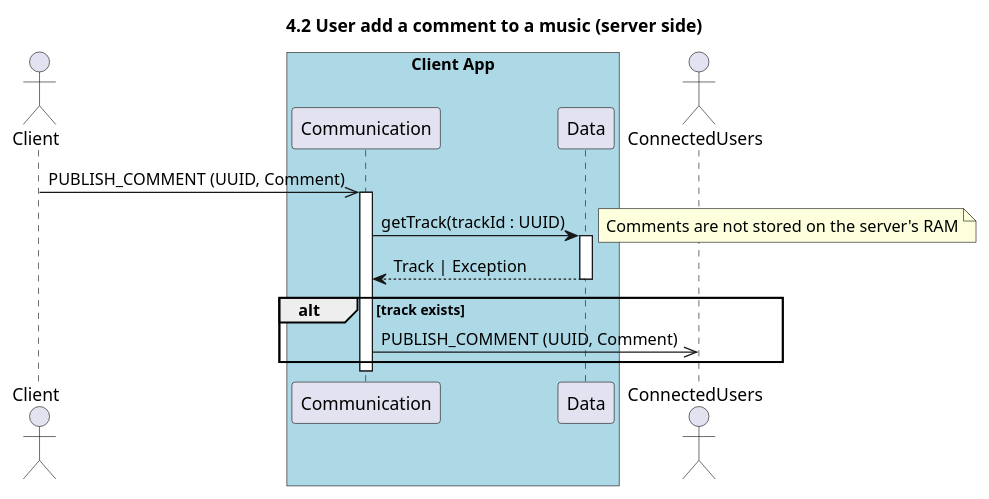
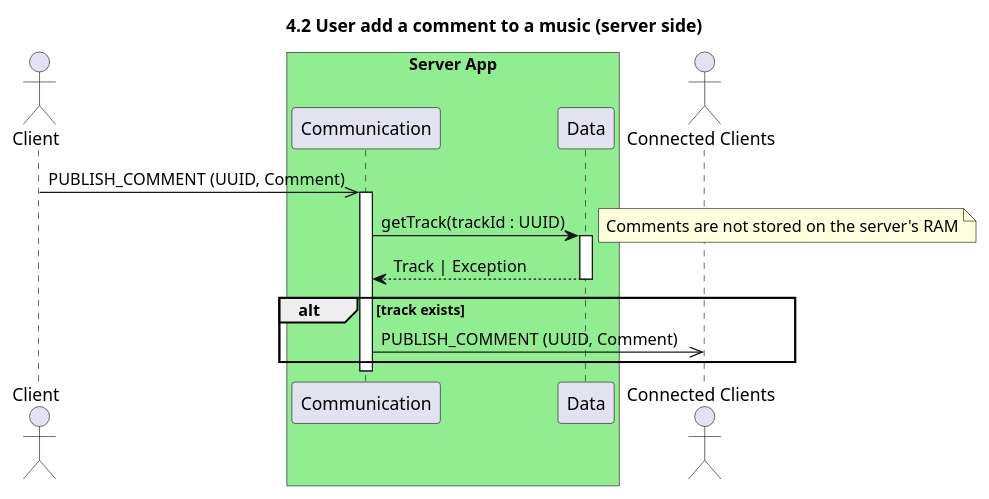
The diagram in sequence/4.2.add_comment_server.puml (UTCAI12/Diagrams), drawn with PlantUML before and after one commit. The commit also changed 6 other files, not shown here.

```diff
--- a/sequence/4.2.add_comment_server.puml
+++ b/sequence/4.2.add_comment_server.puml
@@ -1,27 +1,25 @@
 @startuml 4.2 User add a comment to a music (server side)
 title 4.2 User add a comment to a music (server side)
 
-actor Client as client
-
-box "Client App" #LightBlue
-    participant Communication as com
-    participant Data as data
+actor "Client" as client
+box "Server App" #LightGreen
+    participant "Communication" as com
+    participant "Data" as data
 end box
-
-actor ConnectedUsers as connected
+actor "Connected Clients" as connected
 
 client ->> com : PUBLISH_COMMENT (UUID, Comment)
 
 activate com
 
 com -> data++ : getTrack(trackId : UUID)
 note right : Comments are not stored on the server's RAM 
 return Track | Exception
 
 alt track exists
     com ->> connected : PUBLISH_COMMENT (UUID, Comment)
 end
 
 deactivate com
 
 @enduml
```
